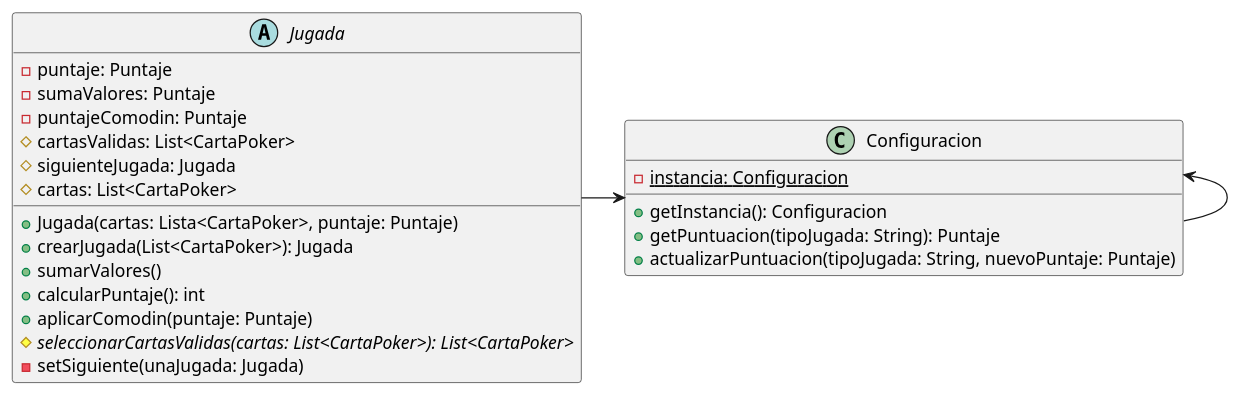
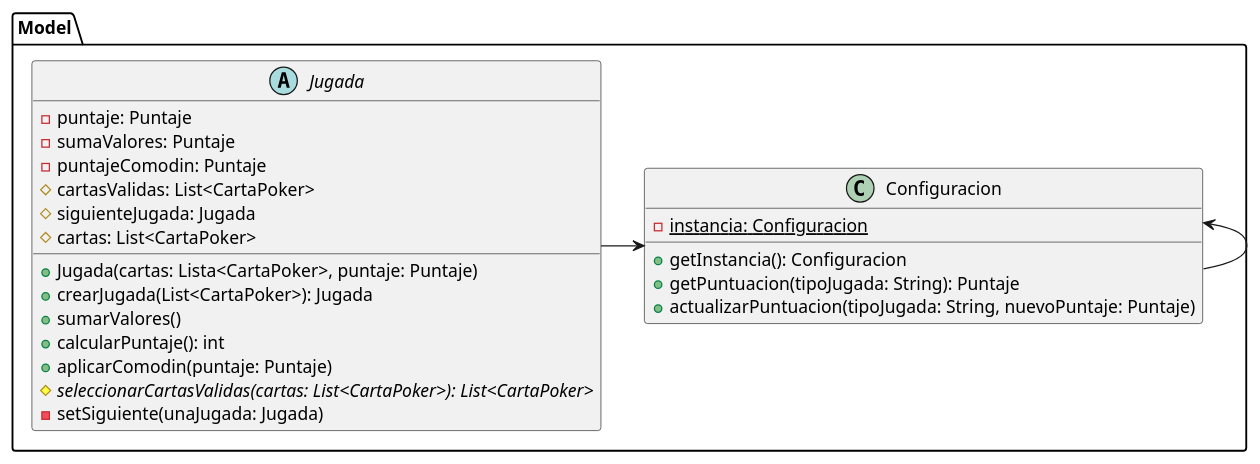
One commit to carruizdiaz1109/UBAlatro changed the diagram in diagrams/classes/singleton.puml. Above: the diagram before and after it, drawn with PlantUML. The commit also changed 4 other files, not shown here.

```diff
--- a/diagrams/classes/singleton.puml
+++ b/diagrams/classes/singleton.puml
@@ -1,29 +1,30 @@
 @startuml
+package Model {
+    class Configuracion{
+        - {static} instancia: Configuracion
+        + getInstancia(): Configuracion
+        + getPuntuacion(tipoJugada: String): Puntaje
+        + actualizarPuntuacion(tipoJugada: String, nuevoPuntaje: Puntaje)
+    }
 
-class Configuracion{
-    - {static} instancia: Configuracion
-    + getInstancia(): Configuracion
-    + getPuntuacion(tipoJugada: String): Puntaje
-    + actualizarPuntuacion(tipoJugada: String, nuevoPuntaje: Puntaje)
+    abstract class Jugada {
+        - puntaje: Puntaje
+        - sumaValores: Puntaje
+        - puntajeComodin: Puntaje
+        # cartasValidas: List<CartaPoker>
+        # siguienteJugada: Jugada
+        # cartas: List<CartaPoker>
+
+        + Jugada(cartas: Lista<CartaPoker>, puntaje: Puntaje)
+        + crearJugada(List<CartaPoker>): Jugada
+        + sumarValores()
+        + calcularPuntaje(): int
+        + aplicarComodin(puntaje: Puntaje)
+        # {abstract}seleccionarCartasValidas(cartas: List<CartaPoker>): List<CartaPoker>
+        - setSiguiente(unaJugada: Jugada)
+    }
+
+    Jugada -right-> Configuracion
+    Configuracion <-- Configuracion
 }
-
-abstract class Jugada {
-    - puntaje: Puntaje
-    - sumaValores: Puntaje
-    - puntajeComodin: Puntaje
-    # cartasValidas: List<CartaPoker>
-    # siguienteJugada: Jugada
-    # cartas: List<CartaPoker>
-
-    + Jugada(cartas: Lista<CartaPoker>, puntaje: Puntaje)
-    + crearJugada(List<CartaPoker>): Jugada
-    + sumarValores()
-    + calcularPuntaje(): int
-    + aplicarComodin(puntaje: Puntaje)
-    # {abstract}seleccionarCartasValidas(cartas: List<CartaPoker>): List<CartaPoker>
-    - setSiguiente(unaJugada: Jugada)
-}
-
-Jugada -right-> Configuracion
-Configuracion <-- Configuracion
 @enduml
```
